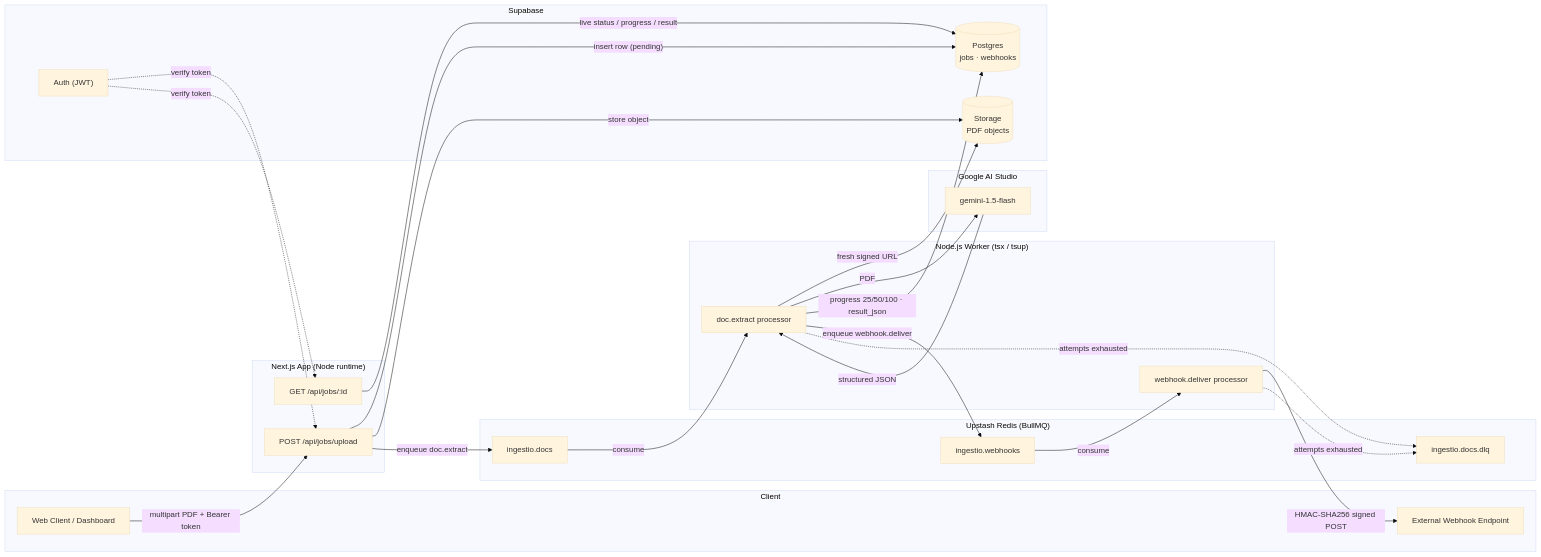
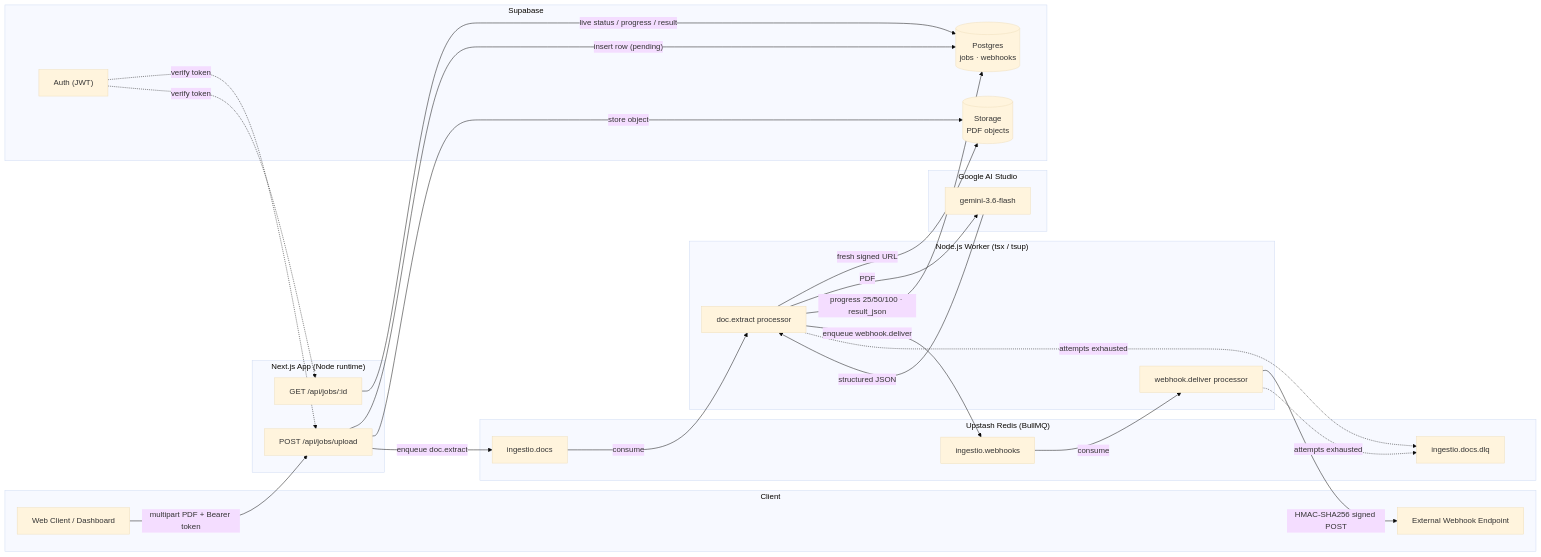
One commit to naimr02/IngestIO changed the diagram in README.md. Above: the diagram before and after it, drawn with Mermaid (base theme). The commit also changed other lines of this file and 2 other files, not shown here.

Commit message:
feat: integrate Gemini 3.6 Flash model for document extraction

````diff
--- a/README.md
+++ b/README.md
@@ -36,53 +36,53 @@
 ```mermaid
 flowchart LR
     subgraph Client
         Web["Web Client / Dashboard"]
         Hook["External Webhook Endpoint"]
     end
 
     subgraph Next["Next.js App (Node runtime)"]
         Upload["POST /api/jobs/upload"]
         Status["GET /api/jobs/:id"]
     end
 
     subgraph Redis["Upstash Redis (BullMQ)"]
         DocsQueue["ingestio.docs"]
         WebhookQueue["ingestio.webhooks"]
         DLQ["ingestio.docs.dlq"]
     end
 
     subgraph Worker["Node.js Worker (tsx / tsup)"]
         Extractor["doc.extract processor"]
         Deliverer["webhook.deliver processor"]
     end
 
     subgraph AI["Google AI Studio"]
-        Gemini["gemini-1.5-flash"]
+        Gemini["gemini-3.6-flash"]
     end
 
     subgraph Supabase["Supabase"]
         PG[("Postgres<br/>jobs · webhooks")]
         Storage[("Storage<br/>PDF objects")]
         Auth["Auth (JWT)"]
     end
 
     Web -->|"multipart PDF + Bearer token"| Upload
     Upload -->|"insert row (pending)"| PG
     Upload -->|"store object"| Storage
     Upload -->|"enqueue doc.extract"| DocsQueue
     Status -->|"live status / progress / result"| PG
     Auth -.->|"verify token"| Upload
     Auth -.->|"verify token"| Status
 
     DocsQueue -->|"consume"| Extractor
     Extractor -->|"fresh signed URL"| Storage
     Extractor -->|"PDF"| Gemini
     Gemini -->|"structured JSON"| Extractor
     Extractor -->|"progress 25/50/100 · result_json"| PG
     Extractor -->|"enqueue webhook.deliver"| WebhookQueue
     Extractor -.->|"attempts exhausted"| DLQ
 
     WebhookQueue -->|"consume"| Deliverer
     Deliverer -->|"HMAC-SHA256 signed POST"| Hook
     Deliverer -.->|"attempts exhausted"| DLQ
 ```
````
